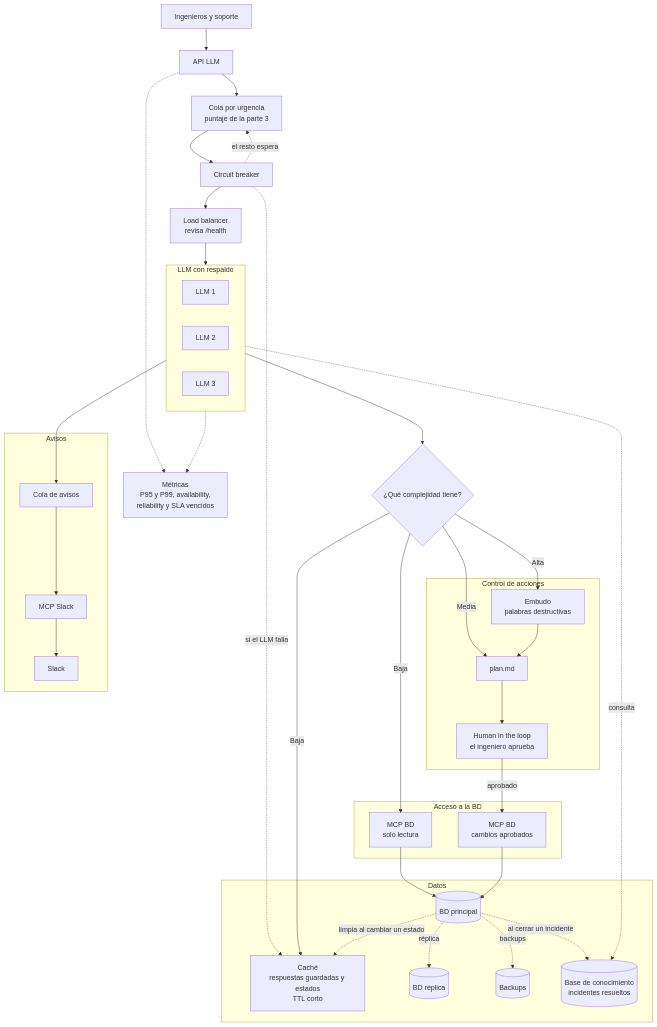
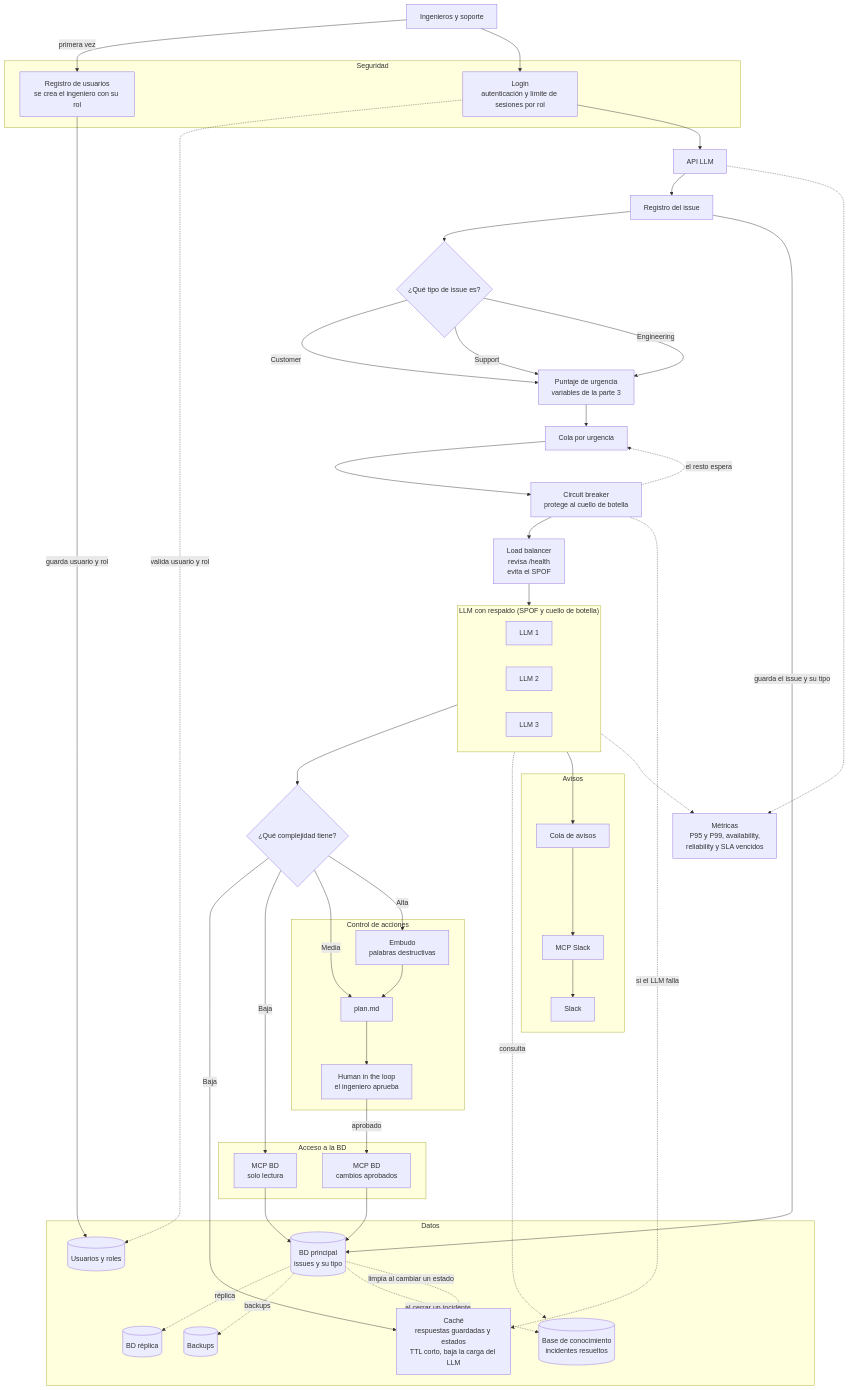
One commit to LuisMUtec/SWA-Labs changed the second of 2 diagrams in LAB05-Reliability/README.md. Above: the diagram before and after it, drawn with Mermaid. The commit also changed other lines of this file and 3 other files, not shown here.

Commit message:
docs: apply minions evaluator feedback to Lab05 diagram

```diff
--- a/LAB05-Reliability/README.md
+++ b/LAB05-Reliability/README.md
@@ -107,13 +109,21 @@
 flowchart TD
     U["Ingenieros y soporte"]
     API["API LLM"]
-    COLA["Cola por urgencia<br/>puntaje de la parte 3"]
-    CB["Circuit breaker"]
-    LB["Load balancer<br/>revisa /health"]
+    ISSUE["Registro del issue"]
+    TIPO{"¿Qué tipo de issue es?"}
+    PUNTAJE["Puntaje de urgencia<br/>variables de la parte 3"]
+    COLA["Cola por urgencia"]
+    CB["Circuit breaker<br/>protege al cuello de botella"]
+    LB["Load balancer<br/>revisa /health<br/>evita el SPOF"]
     CLS{"¿Qué complejidad tiene?"}
     MON["Métricas<br/>P95 y P99, availability,<br/>reliability y SLA vencidos"]
 
-    subgraph LLMS["LLM con respaldo"]
+    subgraph SEG["Seguridad"]
+        REG["Registro de usuarios<br/>se crea el ingeniero con su rol"]
+        LOGIN["Login<br/>autenticación y límite de sesiones por rol"]
+    end
+
+    subgraph LLMS["LLM con respaldo (SPOF y cuello de botella)"]
         direction LR
         LLM1["LLM 1"]
         LLM2["LLM 2"]
@@ -132,8 +142,9 @@
     end
 
     subgraph DATOS["Datos"]
-        CACHE["Caché<br/>respuestas guardadas y estados<br/>TTL corto"]
-        BDP[("BD principal")]
+        USERS[("Usuarios y roles")]
+        CACHE["Caché<br/>respuestas guardadas y estados<br/>TTL corto, baja la carga del LLM"]
+        BDP[("BD principal<br/>issues y su tipo")]
         REP[("BD réplica")]
         BK[("Backups")]
         KB[("Base de conocimiento<br/>incidentes resueltos")]
@@ -145,7 +156,16 @@
         SL["Slack"]
     end
 
-    U --> API --> COLA --> CB --> LB --> LLMS
+    U -->|primera vez| REG
+    REG -->|guarda usuario y rol| USERS
+    U --> LOGIN
+    LOGIN -.->|valida usuario y rol| USERS
+    LOGIN --> API --> ISSUE --> TIPO
+    ISSUE -->|guarda el issue y su tipo| BDP
+    TIPO -->|Customer| PUNTAJE
+    TIPO -->|Support| PUNTAJE
+    TIPO -->|Engineering| PUNTAJE
+    PUNTAJE --> COLA --> CB --> LB --> LLMS
     CB -.->|si el LLM falla| CACHE
     CB -.->|el resto espera| COLA
     LLMS --> CLS
```
